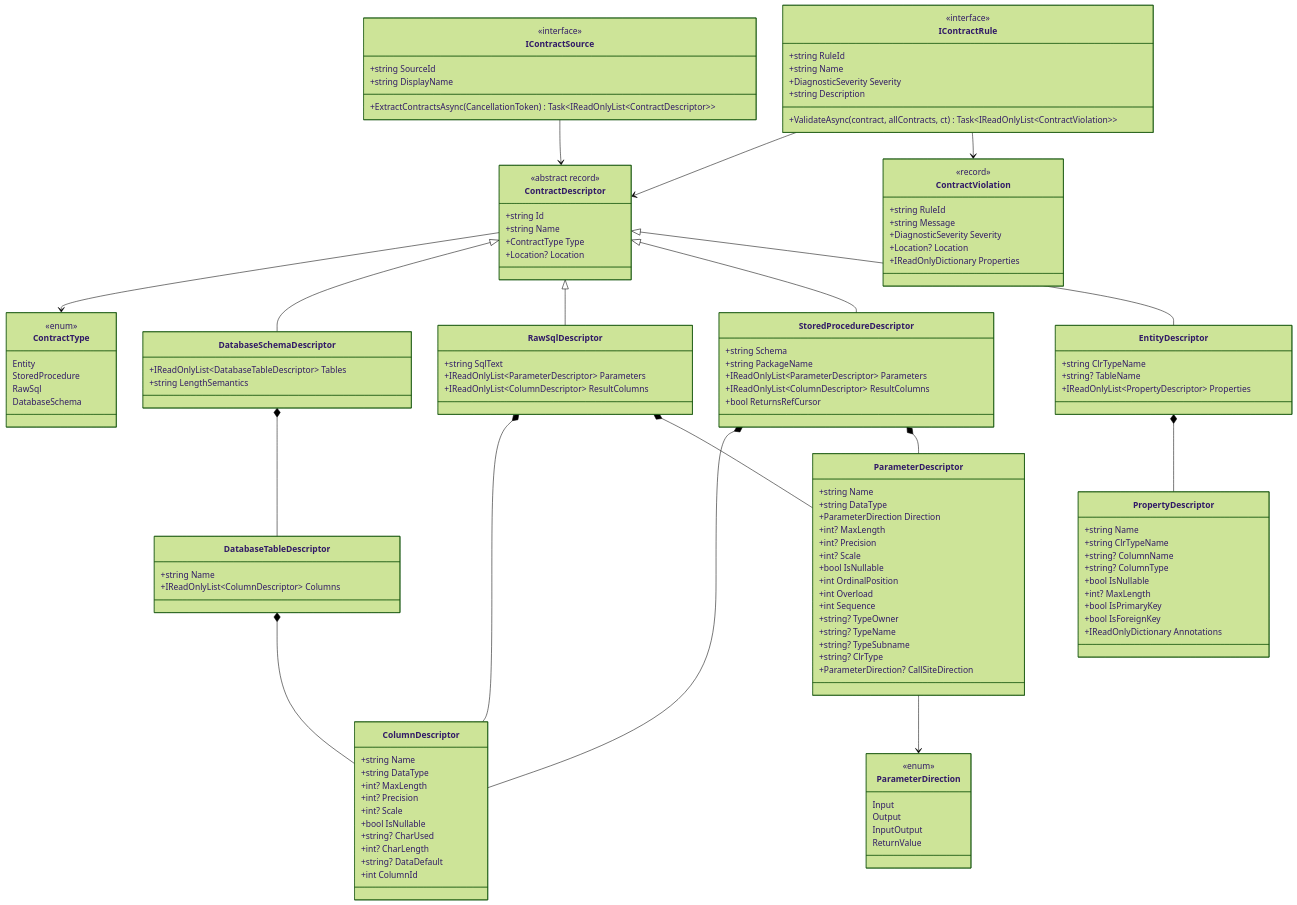
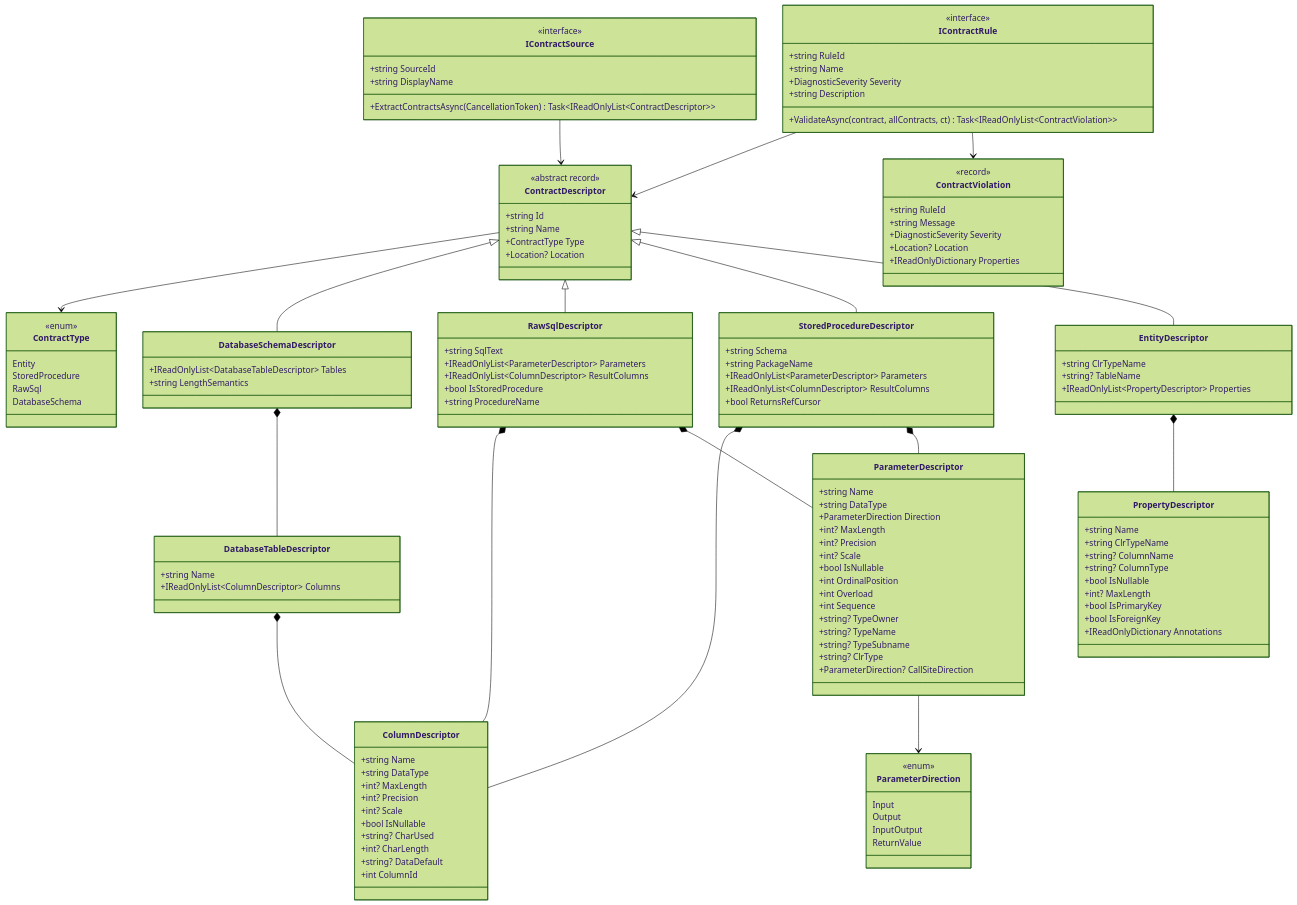
Before and after one commit to thanhnt-sm/eco_support_net_oracle: the diagram in docs/03-components/core/abstractions.md, drawn with Mermaid (forest theme). The commit also changed other lines of this file and 29 other files, not shown here.

First line of the commit message:
feat(core,oracle,vscode): stored procedure detection, Oracle migration hints, VS Code UI providers

```diff
--- a/docs/03-components/core/abstractions.md
+++ b/docs/03-components/core/abstractions.md
@@ -81,6 +81,8 @@
         +string SqlText
         +IReadOnlyList~ParameterDescriptor~ Parameters
         +IReadOnlyList~ColumnDescriptor~ ResultColumns
+        +bool IsStoredProcedure
+        +string ProcedureName
     }
 
     class DatabaseSchemaDescriptor {
```
